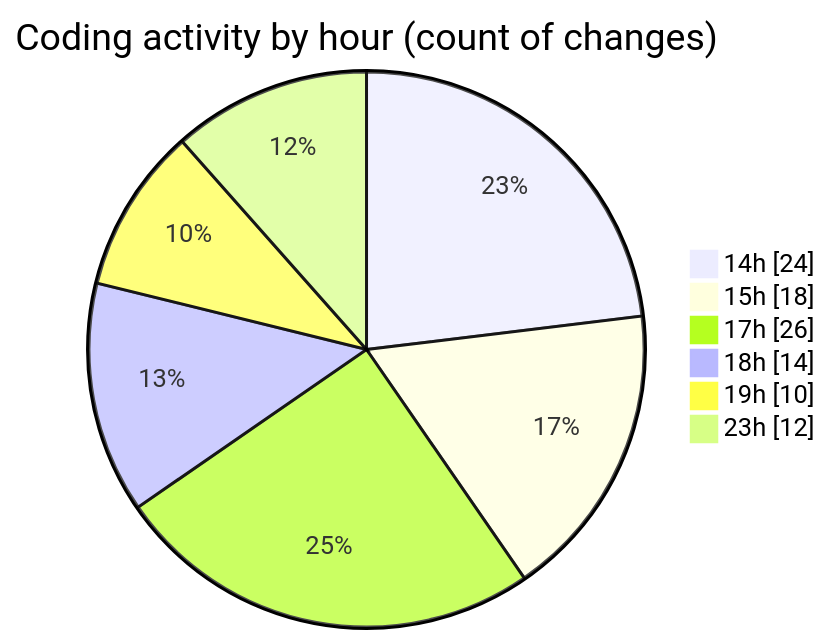
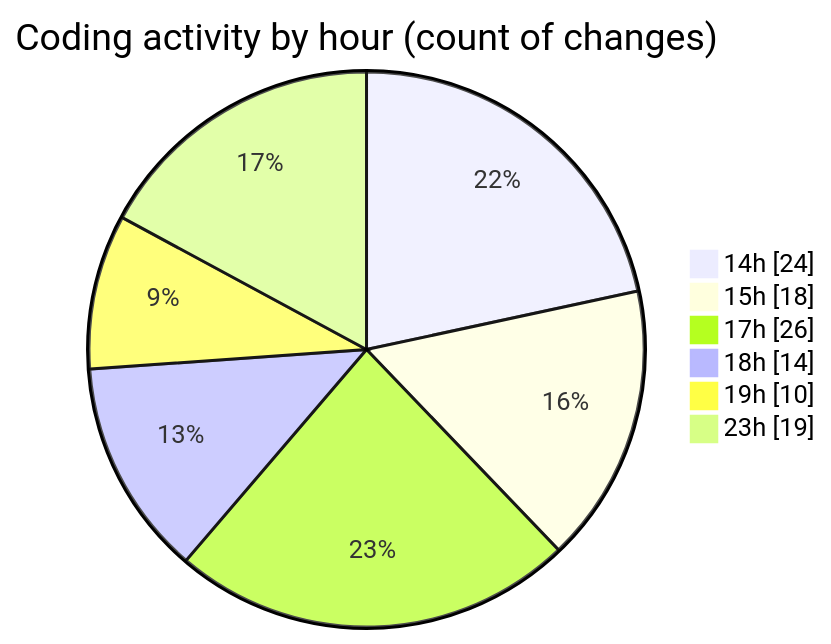
One commit to Elitesun/code-tracking changed the second of 2 diagrams in 2025-04-22/indesign/README.md. Above: the diagram before and after it, drawn with Mermaid. The commit also changed other lines of this file and 1 other file, not shown here.

````diff
--- a/2025-04-22/indesign/README.md
+++ b/2025-04-22/indesign/README.md
@@ -48,10 +48,10 @@
 ```mermaid
 pie showData
 title Coding activity by hour (count of changes)
 "14h" : 24
 "15h" : 18
 "17h" : 26
 "18h" : 14
 "19h" : 10
-"23h" : 12
+"23h" : 19
 ```
````
